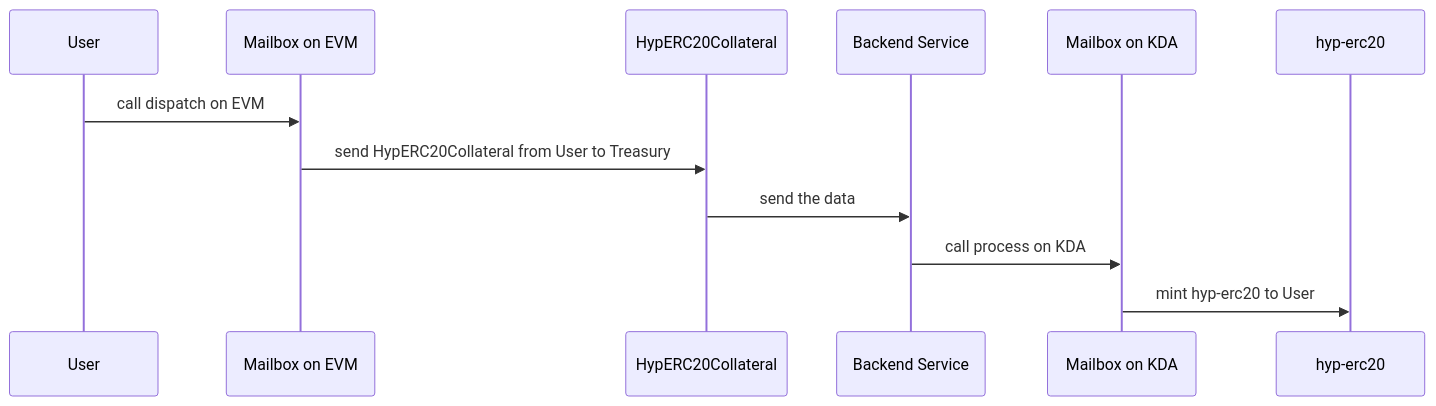
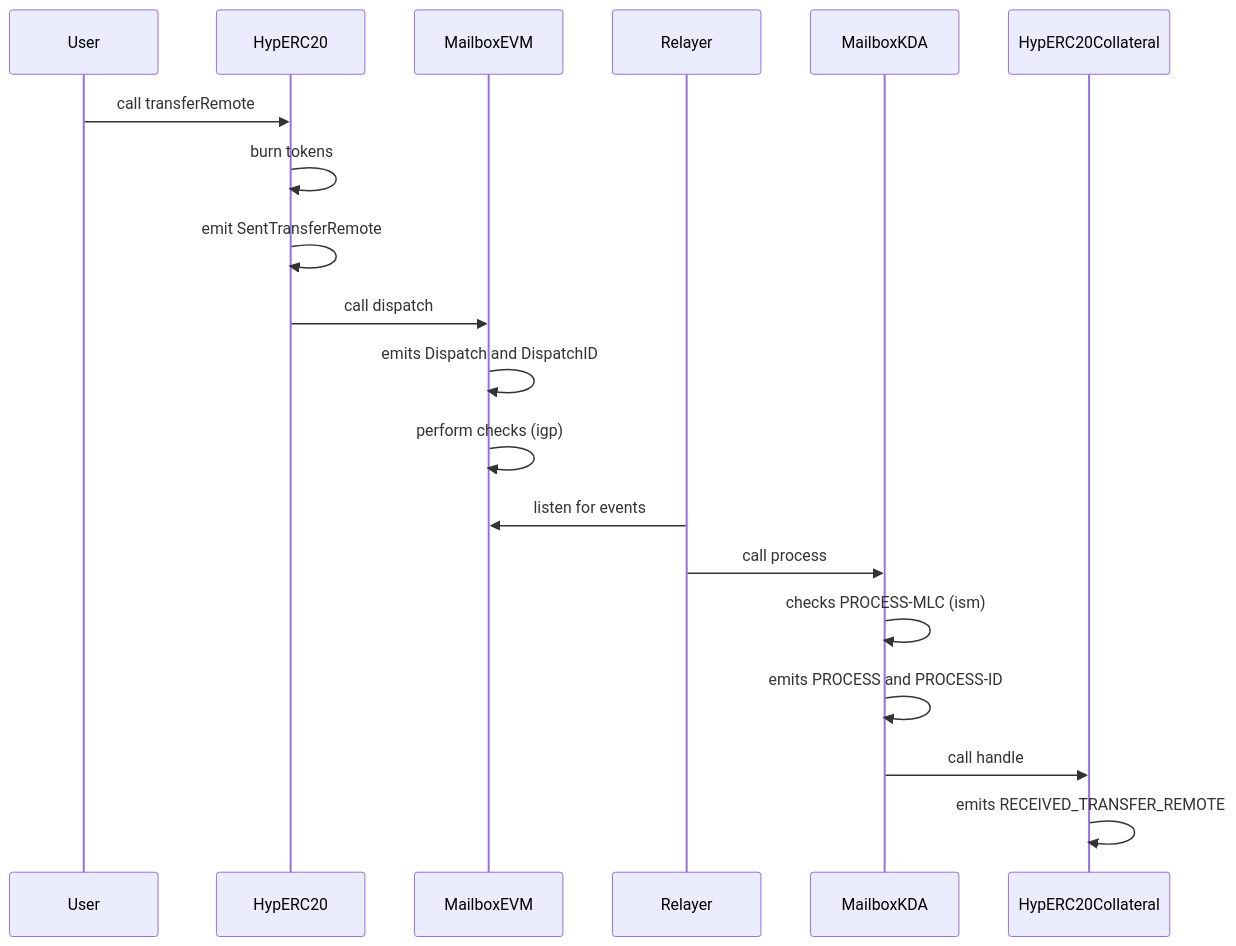
The second of 8 diagrams in docs/bridge-flow.md (RastkoDev/smart-contracts), drawn with Mermaid before and after one commit. The commit also changed other lines of this file, not shown here.

Commit message:
docs: update bridge flow documentation with detailed sequence diagrams for ETH to KDA and KDA to ETH transfers

````diff
--- a/docs/bridge-flow.md
+++ b/docs/bridge-flow.md
@@ -7,15 +36,26 @@
 ```mermaid
 sequenceDiagram
-    participant U as User
-    participant MEVM as Mailbox on EVM
-    participant EVM as HypERC20Collateral
-    participant BE as Backend Service
-    participant MKDA as Mailbox on KDA
-    participant KDA as hyp-erc20
+    participant User
+    participant HypERC20 as HypERC20
+    participant MailboxETH as MailboxEVM
+    participant Relayer
+    participant MailboxKDA as MailboxKDA
+    participant HypERC20KDA as HypERC20Collateral
 
-    U->>MEVM: call dispatch on EVM
-    MEVM->>EVM: send HypERC20Collateral from User to Treasury
-    EVM->>BE: send the data
-    BE->>MKDA: call process on KDA
-    MKDA->>KDA: mint hyp-erc20 to User
+    User->>HypERC20: call transferRemote
+    HypERC20->>HypERC20: burn tokens
+
+    HypERC20->>HypERC20: emit SentTransferRemote
+    HypERC20->>MailboxETH: call dispatch
+    MailboxETH->>MailboxETH: emits Dispatch and DispatchID
+    MailboxETH->>MailboxETH: perform checks (igp)
+    Relayer->>MailboxETH: listen for events
+    Relayer->>MailboxKDA: call process
+
+    MailboxKDA->>MailboxKDA: checks PROCESS-MLC (ism)
+    MailboxKDA->>MailboxKDA: emits PROCESS and PROCESS-ID 
+
+    MailboxKDA->>HypERC20KDA: call handle
+
+    HypERC20KDA->>HypERC20KDA: emits RECEIVED_TRANSFER_REMOTE
 ```
````
